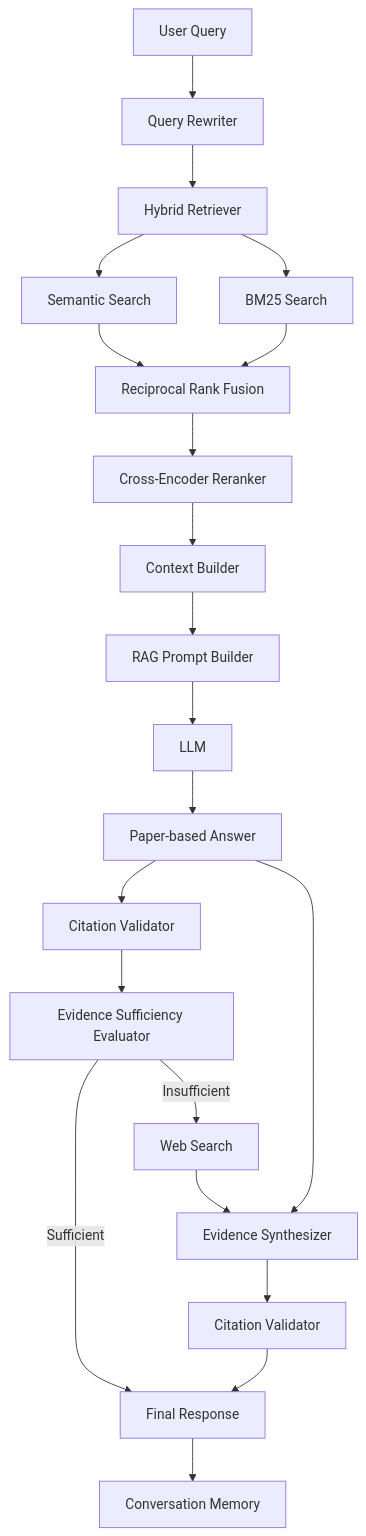
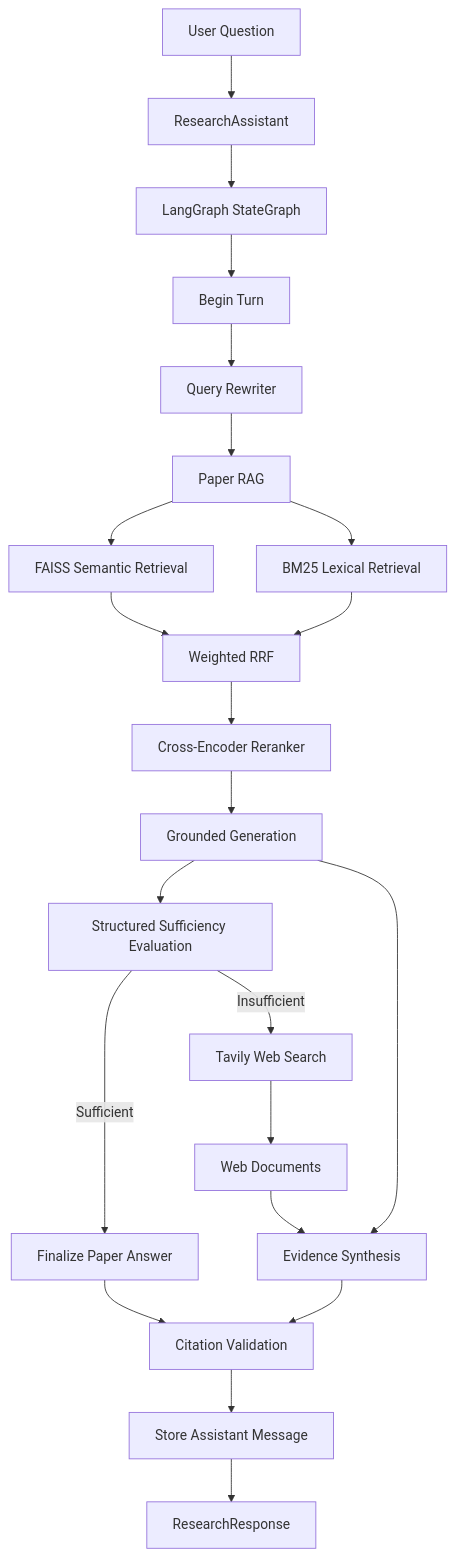
One commit to carlosng95/agentic-research-rag changed the diagram in README.md. Above: the diagram before and after it, drawn with Mermaid. The commit also changed other lines of this file and 92 other files, not shown here.

Commit message:
refactor: migrate research RAG to LangChain and LangGraph

````diff
--- a/README.md
+++ b/README.md
@@ -113,35 +112,34 @@
 ```mermaid
 flowchart TD
+    A[User Question] --> B[ResearchAssistant]
+    B --> C[LangGraph StateGraph]
 
-    A[User Query] --> B[Query Rewriter]
+    C --> D[Begin Turn]
+    D --> E[Query Rewriter]
 
-    B --> C[Hybrid Retriever]
+    E --> F[Paper RAG]
 
-    C --> D1[Semantic Search]
-    C --> D2[BM25 Search]
+    F --> G1[FAISS Semantic Retrieval]
+    F --> G2[BM25 Lexical Retrieval]
 
-    D1 --> E[Reciprocal Rank Fusion]
-    D2 --> E
+    G1 --> H[Weighted RRF]
+    G2 --> H
 
-    E --> F[Cross-Encoder Reranker]
+    H --> I[Cross-Encoder Reranker]
+    I --> J[Grounded Generation]
 
-    F --> G[Context Builder]
-    G --> H[RAG Prompt Builder]
-    H --> I[LLM]
+    J --> K[Structured Sufficiency Evaluation]
 
-    I --> J[Paper-based Answer]
-    J --> K[Citation Validator]
+    K -->|Sufficient| L[Finalize Paper Answer]
+    K -->|Insufficient| M[Tavily Web Search]
 
-    K --> L[Evidence Sufficiency Evaluator]
+    M --> N[Web Documents]
+    N --> O[Evidence Synthesis]
+    J --> O
 
-    L -->|Sufficient| M[Final Response]
+    L --> P[Citation Validation]
+    O --> P
 
-    L -->|Insufficient| N[Web Search]
-    N --> O[Evidence Synthesizer]
-
-    J --> O
-    O --> P[Citation Validator]
-    P --> M
-
-    M --> Q[Conversation Memory]
+    P --> Q[Store Assistant Message]
+    Q --> R[ResearchResponse]
 ```
````
